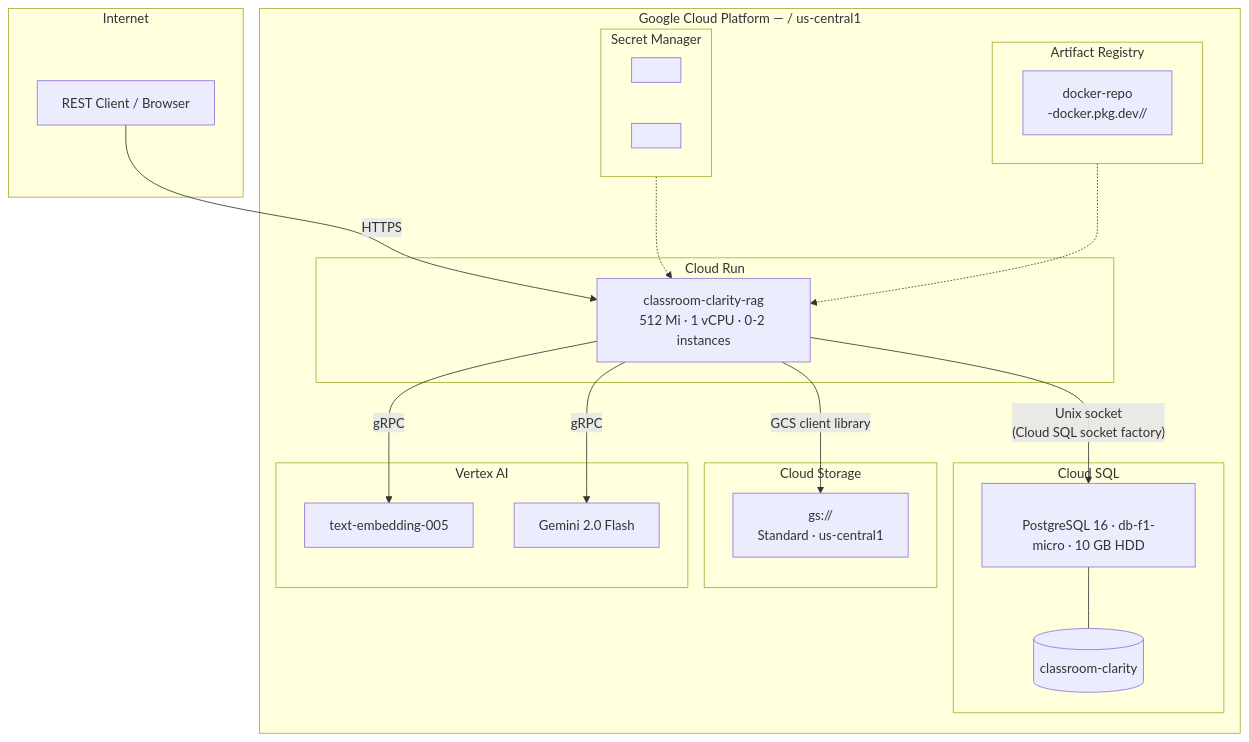
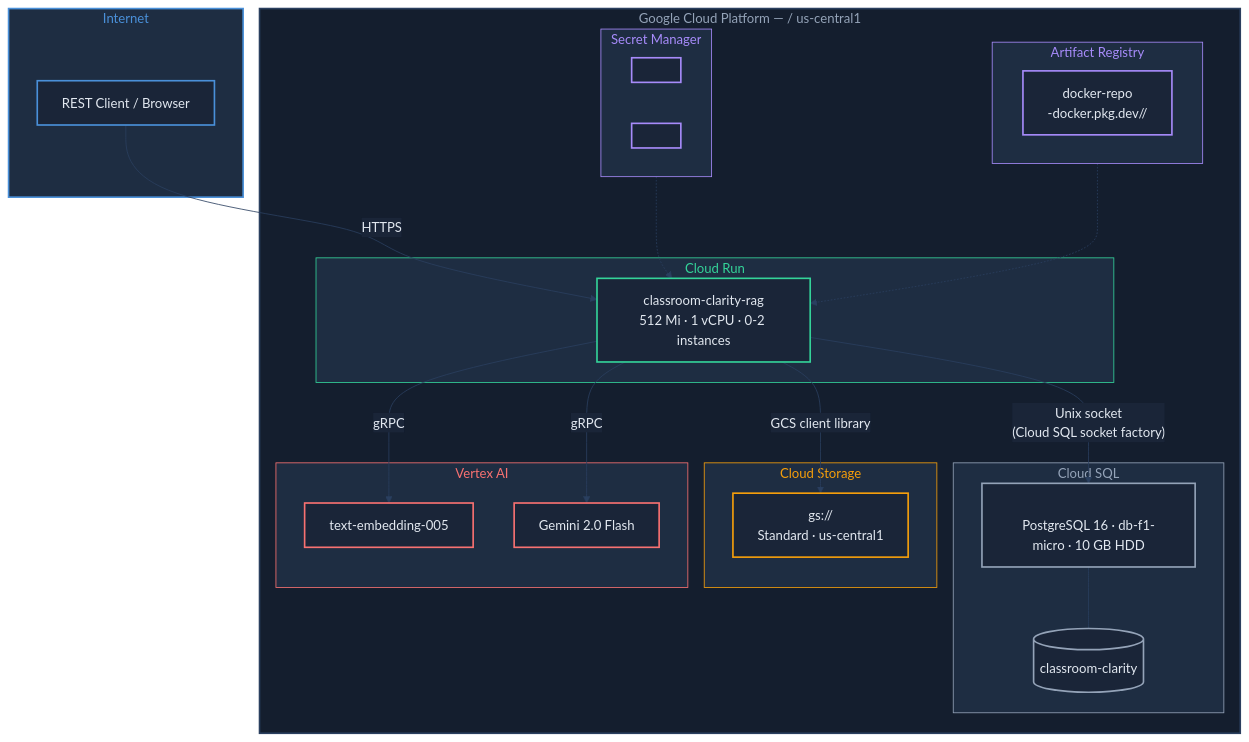
Before and after one commit to jking-ai/classroom-clarity-rag: the diagram in docs/production-deployment.md, drawn with Mermaid. The commit also changed 2 other files, not shown here.

Commit message:
Colors on mermaid diagrams

````diff
--- a/docs/production-deployment.md
+++ b/docs/production-deployment.md
@@ -9,44 +9,77 @@
 ```mermaid
+%%{init: {'theme': 'base', 'themeVariables': {
+  'darkMode': true,
+  'background': '#0f1724',
+  'primaryColor': '#1a2538',
+  'primaryTextColor': '#e2e8f0',
+  'primaryBorderColor': '#2a3f5f',
+  'lineColor': '#4a90d9',
+  'secondaryColor': '#1e2d42',
+  'tertiaryColor': '#1e2d42',
+  'edgeLabelBackground': '#1a2538',
+  'clusterBkg': '#1e2d42',
+  'clusterBorder': '#2a3f5f',
+  'nodeTextColor': '#e2e8f0',
+  'titleColor': '#94a3b8'
+}}}%%
 flowchart TB
     subgraph Internet
-        Client[REST Client / Browser]
+        Client[REST Client / Browser]:::blue
     end
 
     subgraph GCP["Google Cloud Platform — <YOUR_GCP_PROJECT> / us-central1"]
         subgraph CloudRun["Cloud Run"]
-            CR[classroom-clarity-rag<br/>512 Mi · 1 vCPU · 0-2 instances]
+            CR[classroom-clarity-rag<br/>512 Mi · 1 vCPU · 0-2 instances]:::green
         end
 
         subgraph CloudSQL["Cloud SQL"]
-            PG[<YOUR_CLOUD_SQL_INSTANCE><br/>PostgreSQL 16 · db-f1-micro · 10 GB HDD]
-            DB[(classroom-clarity)]
+            PG[<YOUR_CLOUD_SQL_INSTANCE><br/>PostgreSQL 16 · db-f1-micro · 10 GB HDD]:::slate
+            DB[(classroom-clarity)]:::slate
             PG --- DB
         end
 
         subgraph GCS["Cloud Storage"]
-            Bucket[gs://<YOUR_GCS_BUCKET><br/>Standard · us-central1]
+            Bucket[gs://<YOUR_GCS_BUCKET><br/>Standard · us-central1]:::amber
         end
 
         subgraph AR["Artifact Registry"]
-            Repo[docker-repo<br/><REGION>-docker.pkg.dev/<YOUR_GCP_PROJECT>/<YOUR_ARTIFACT_REPO>]
+            Repo[docker-repo<br/><REGION>-docker.pkg.dev/<YOUR_GCP_PROJECT>/<YOUR_ARTIFACT_REPO>]:::purple
         end
 
         subgraph SM["Secret Manager"]
-            S1[<YOUR_API_KEY_SECRET>]
-            S2[<YOUR_DB_PASSWORD_SECRET>]
+            S1[<YOUR_API_KEY_SECRET>]:::purple
+            S2[<YOUR_DB_PASSWORD_SECRET>]:::purple
         end
 
         subgraph VertexAI["Vertex AI"]
-            Embed[text-embedding-005]
-            Chat[Gemini 2.0 Flash]
+            Embed[text-embedding-005]:::red
+            Chat[Gemini 2.0 Flash]:::red
         end
     end
 
     Client -- "HTTPS" --> CR
     CR -- "Unix socket<br/>(Cloud SQL socket factory)" --> PG
     CR -- "GCS client library" --> Bucket
     CR -- "gRPC" --> Embed
     CR -- "gRPC" --> Chat
     SM -.-> CR
     AR -.-> CR
+
+    style Internet fill:#1e2d42, stroke:#4a90d9, stroke-width:2px, color:#4a90d9
+    style GCP fill:#141e2e, stroke:#2a3f5f, stroke-width:2px, color:#94a3b8
+    style CloudRun fill:#1e2d42, stroke:#34d399, stroke-width:1px, color:#34d399
+    style CloudSQL fill:#1e2d42, stroke:#94a3b8, stroke-width:1px, color:#94a3b8
+    style GCS fill:#1e2d42, stroke:#f59e0b, stroke-width:1px, color:#f59e0b
+    style AR fill:#1e2d42, stroke:#a78bfa, stroke-width:1px, color:#a78bfa
+    style SM fill:#1e2d42, stroke:#a78bfa, stroke-width:1px, color:#a78bfa
+    style VertexAI fill:#1e2d42, stroke:#f87171, stroke-width:1px, color:#f87171
+
+    classDef blue   fill:#1a2538, stroke:#4a90d9, stroke-width:2px, color:#e2e8f0;
+    classDef green  fill:#1a2538, stroke:#34d399, stroke-width:2px, color:#e2e8f0;
+    classDef amber  fill:#1a2538, stroke:#f59e0b, stroke-width:2px, color:#e2e8f0;
+    classDef red    fill:#1a2538, stroke:#f87171, stroke-width:2px, color:#e2e8f0;
+    classDef purple fill:#1a2538, stroke:#a78bfa, stroke-width:2px, color:#e2e8f0;
+    classDef slate  fill:#1a2538, stroke:#94a3b8, stroke-width:2px, color:#e2e8f0;
+
+    linkStyle default stroke:#2a3f5f, stroke-width:1px
 ```
````
